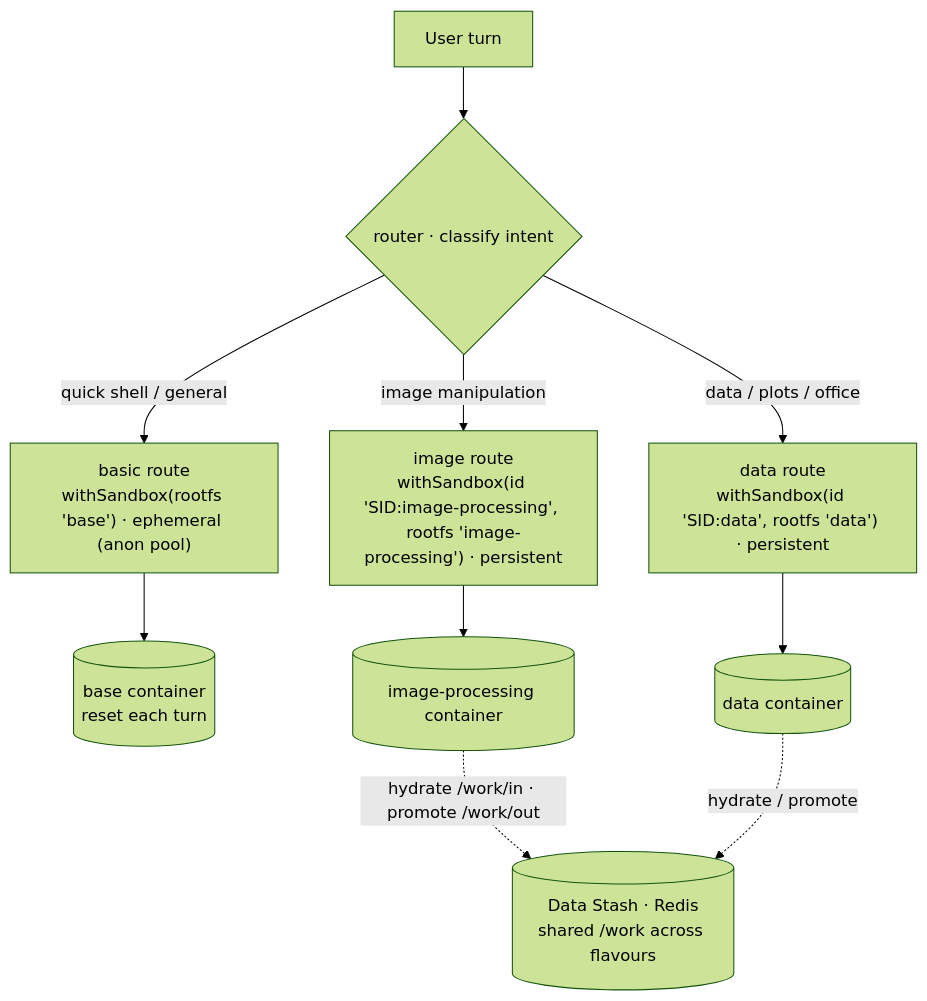
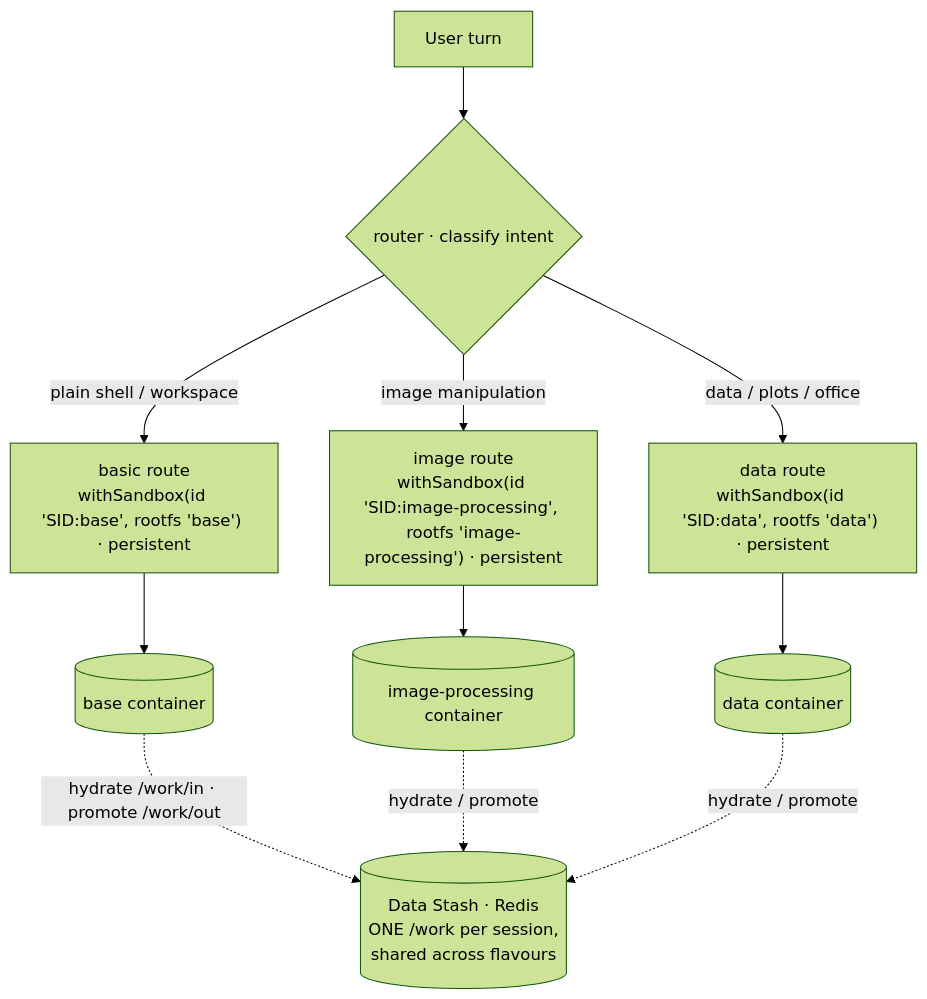
One commit to mknw/hames-playground changed the diagram in docs/sandbox-flavours.md. Above: the diagram before and after it, drawn with Mermaid (forest theme). The commit also changed other lines of this file and 5 other files, not shown here.

````diff
--- a/docs/sandbox-flavours.md
+++ b/docs/sandbox-flavours.md
@@ -75,14 +91,15 @@
 ```mermaid
 flowchart TD
     U["User turn"] --> R{"router · classify intent"}
-    R -->|"quick shell / general"| BR["basic route<br/>withSandbox(rootfs 'base') · ephemeral (anon pool)"]
+    R -->|"plain shell / workspace"| BR["basic route<br/>withSandbox(id 'SID:base', rootfs 'base') · persistent"]
     R -->|"image manipulation"| IR["image route<br/>withSandbox(id 'SID:image-processing', rootfs 'image-processing') · persistent"]
     R -->|"data / plots / office"| DR["data route<br/>withSandbox(id 'SID:data', rootfs 'data') · persistent"]
 
-    BR --> BC[("base container<br/>reset each turn")]
+    BR --> BC[("base container")]
     IR --> IC[("image-processing container")]
     DR --> DC[("data container")]
 
-    IC -. "hydrate /work/in · promote /work/out" .-> DS[("Data Stash · Redis<br/>shared /work across flavours")]
+    BC -. "hydrate /work/in · promote /work/out" .-> DS[("Data Stash · Redis<br/>ONE /work per session,<br/>shared across flavours")]
+    IC -. "hydrate / promote" .-> DS
     DC -. "hydrate / promote" .-> DS
 ```
````
